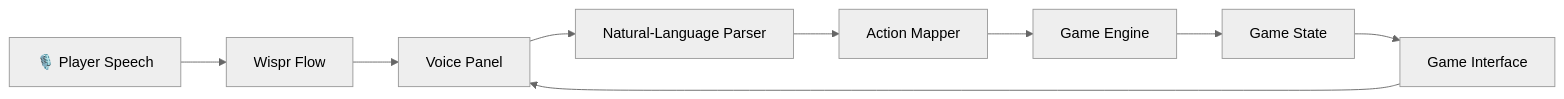
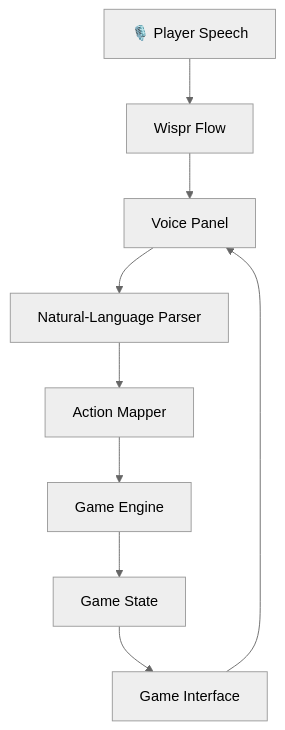
One commit to ShriyaP1966/ExploringGOA-game changed the diagram in README.md. Above: the diagram before and after it, drawn with Mermaid (neutral theme). The commit also changed other lines of this file and 1 other file, not shown here.

````diff
--- a/README.md
+++ b/README.md
@@ -81,11 +167,11 @@
 ```mermaid
-flowchart LR
+flowchart TD
     A["🎙️ Player Speech"] --> B["Wispr Flow"]
     B --> C["Voice Panel"]
     C --> D["Natural-Language Parser"]
     D --> E["Action Mapper"]
     E --> F["Game Engine"]
     F --> G["Game State"]
     G --> H["Game Interface"]
     H --> C
 ```
````
